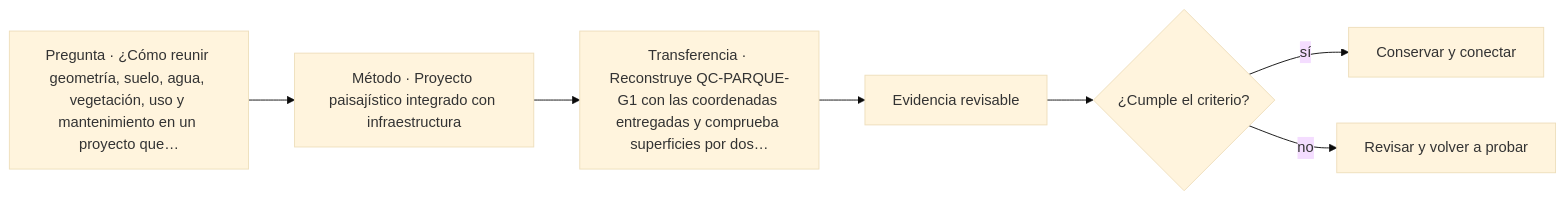
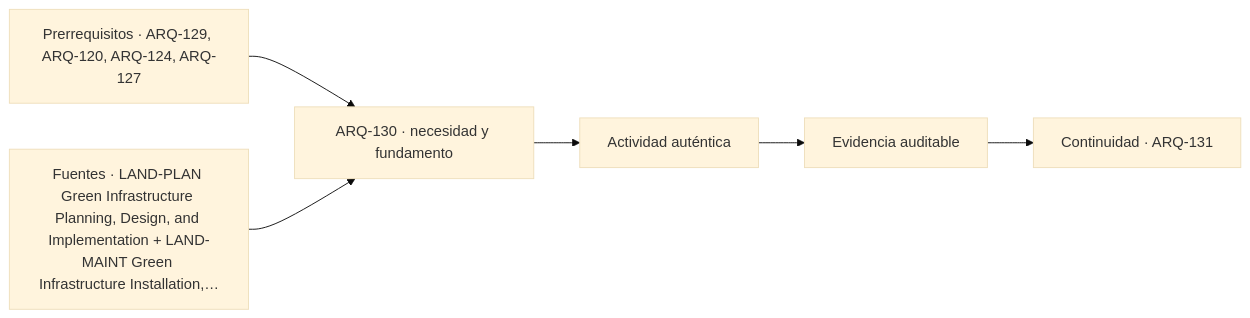
Before and after one commit to vladimiracunadev-create/architecture-built-environment-learning-program: the diagram in classes/parte-13/ARQ-130.md, drawn with Mermaid (base theme). The commit also changed other lines of this file and 761 other files, not shown here.

````diff
--- a/classes/parte-13/ARQ-130.md
+++ b/classes/parte-13/ARQ-130.md
@@ -123,9 +135,8 @@
 ```mermaid
 flowchart LR
-    Q["Pregunta · ¿Cómo reunir geometría, suelo, agua, vegetación, uso y mantenimiento en un proyecto que…"] --> M["Método · Proyecto paisajístico integrado con infraestructura"]
-    M --> P["Transferencia · Reconstruye QC-PARQUE-G1 con las coordenadas entregadas y comprueba superficies por dos…"]
-    P --> E["Evidencia revisable"]
-    E --> C{"¿Cumple el criterio?"}
-    C -->|sí| T["Conservar y conectar"]
-    C -->|no| R["Revisar y volver a probar"]
+    A["Prerrequisitos · ARQ-129, ARQ-120, ARQ-124, ARQ-127"] --> B["ARQ-130 · necesidad y fundamento"]
+    S["Fuentes · LAND-PLAN Green Infrastructure Planning, Design, and Implementation + LAND-MAINT Green Infrastructure Installation,…"] --> B
+    B --> C["Actividad auténtica"]
+    C --> D["Evidencia auditable"]
+    D --> E["Continuidad · ARQ-131"]
 ```
````
